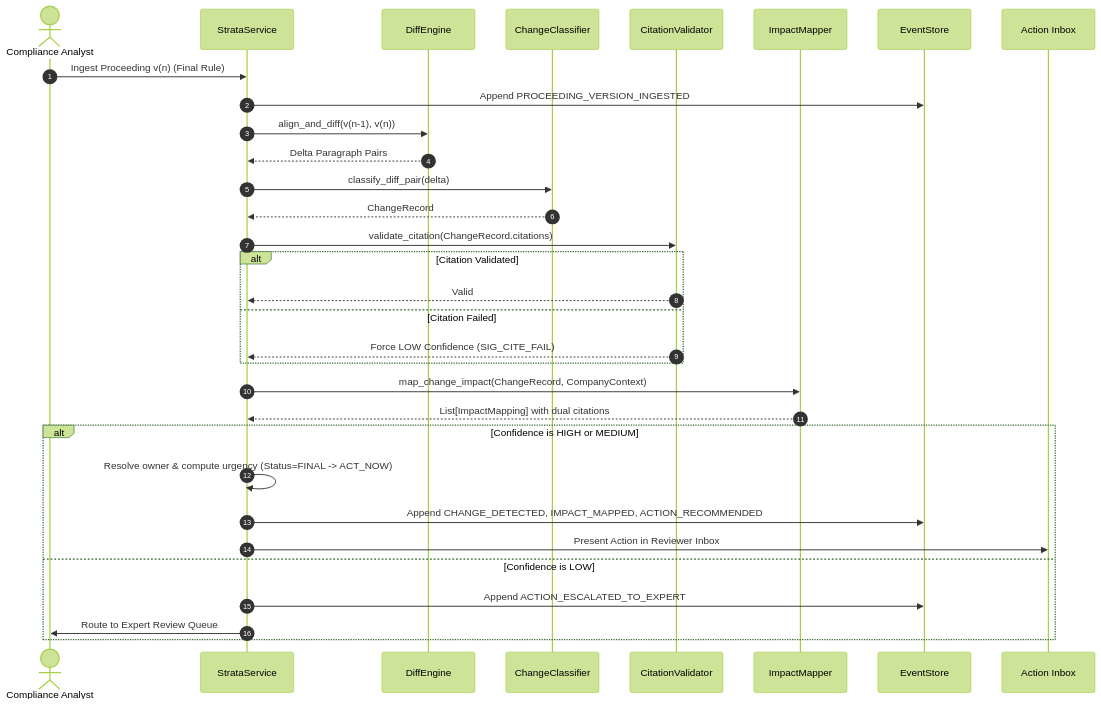
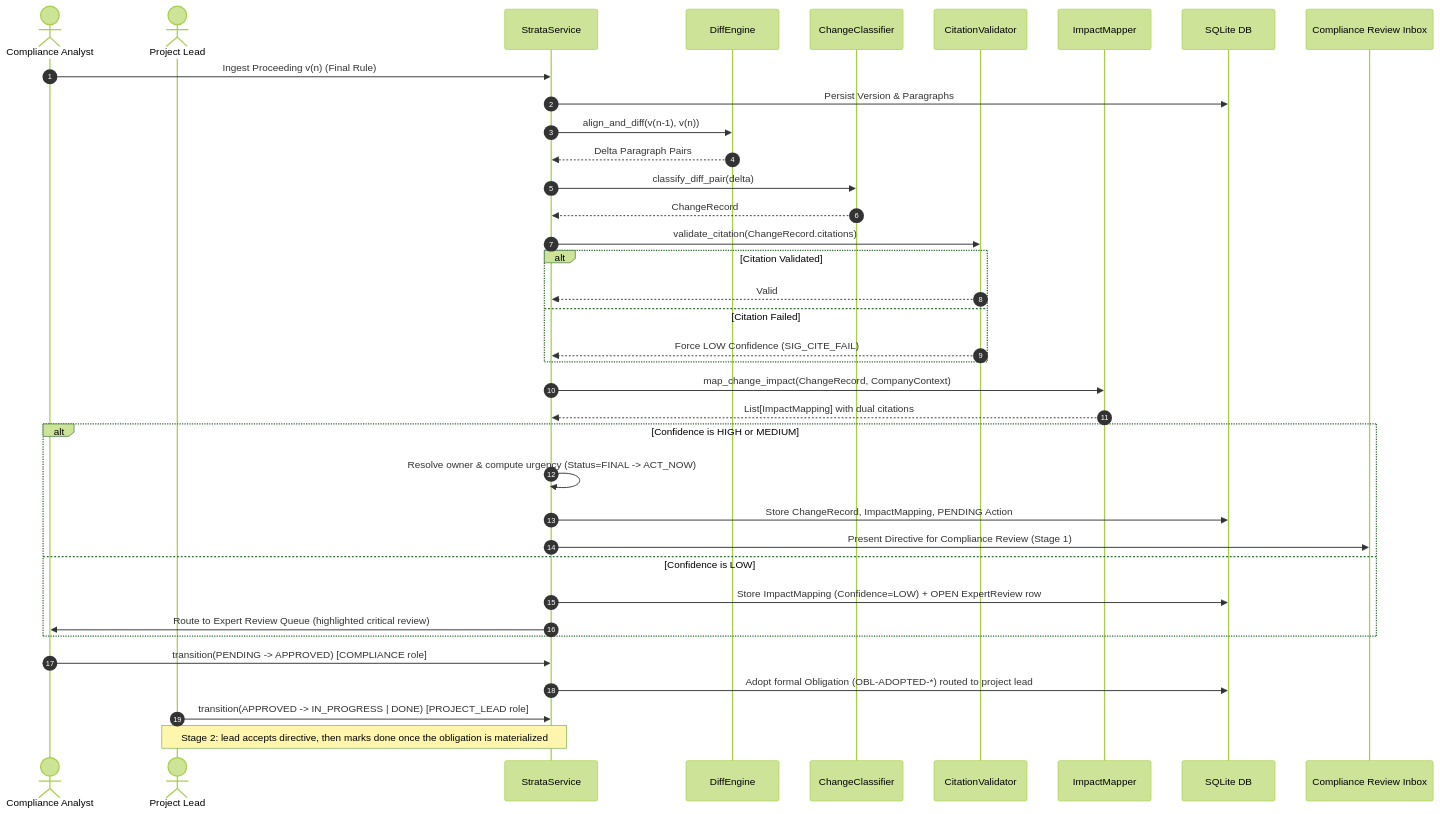
One commit to msanvido/protostrata changed the third of 3 diagrams in Strata_TDD.md. Above: the diagram before and after it, drawn with Mermaid (forest theme). The commit also changed other lines of this file and 42 other files, not shown here.

````diff
--- a/Strata_TDD.md
+++ b/Strata_TDD.md
@@ -419,36 +452,42 @@
 ```mermaid
 sequenceDiagram
     autonumber
     actor Reviewer as Compliance Analyst
+    actor Lead as Project Lead
     participant Svc as StrataService
     participant Diff as DiffEngine
     participant Class as ChangeClassifier
     participant Val as CitationValidator
     participant Map as ImpactMapper
-    participant ES as EventStore
-    participant Inbox as Action Inbox
+    participant DB as SQLite DB
+    participant Inbox as Compliance Review Inbox
 
     Reviewer->>Svc: Ingest Proceeding v(n) (Final Rule)
-    Svc->>ES: Append PROCEEDING_VERSION_INGESTED
+    Svc->>DB: Persist Version & Paragraphs
     Svc->>Diff: align_and_diff(v(n-1), v(n))
     Diff-->>Svc: Delta Paragraph Pairs
     Svc->>Class: classify_diff_pair(delta)
     Class-->>Svc: ChangeRecord
     Svc->>Val: validate_citation(ChangeRecord.citations)
     alt Citation Validated
         Val-->>Svc: Valid
     else Citation Failed
         Val-->>Svc: Force LOW Confidence (SIG_CITE_FAIL)
     end
     Svc->>Map: map_change_impact(ChangeRecord, CompanyContext)
     Map-->>Svc: List[ImpactMapping] with dual citations
-    
+
     alt Confidence is HIGH or MEDIUM
         Svc->>Svc: Resolve owner & compute urgency (Status=FINAL -> ACT_NOW)
-        Svc->>ES: Append CHANGE_DETECTED, IMPACT_MAPPED, ACTION_RECOMMENDED
-        Svc->>Inbox: Present Action in Reviewer Inbox
+        Svc->>DB: Store ChangeRecord, ImpactMapping, PENDING Action
+        Svc->>Inbox: Present Directive for Compliance Review (Stage 1)
     else Confidence is LOW
-        Svc->>ES: Append ACTION_ESCALATED_TO_EXPERT
-        Svc->>Reviewer: Route to Expert Review Queue
+        Svc->>DB: Store ImpactMapping (Confidence=LOW) + OPEN ExpertReview row
+        Svc->>Reviewer: Route to Expert Review Queue (highlighted critical review)
     end
+
+    Reviewer->>Svc: transition(PENDING -> APPROVED)  [COMPLIANCE role]
+    Svc->>DB: Adopt formal Obligation (OBL-ADOPTED-*) routed to project lead
+    Lead->>Svc: transition(APPROVED -> IN_PROGRESS | DONE)  [PROJECT_LEAD role]
+    Note over Lead,Svc: Stage 2: lead accepts directive, then marks done once the obligation is materialized
 ```
````
